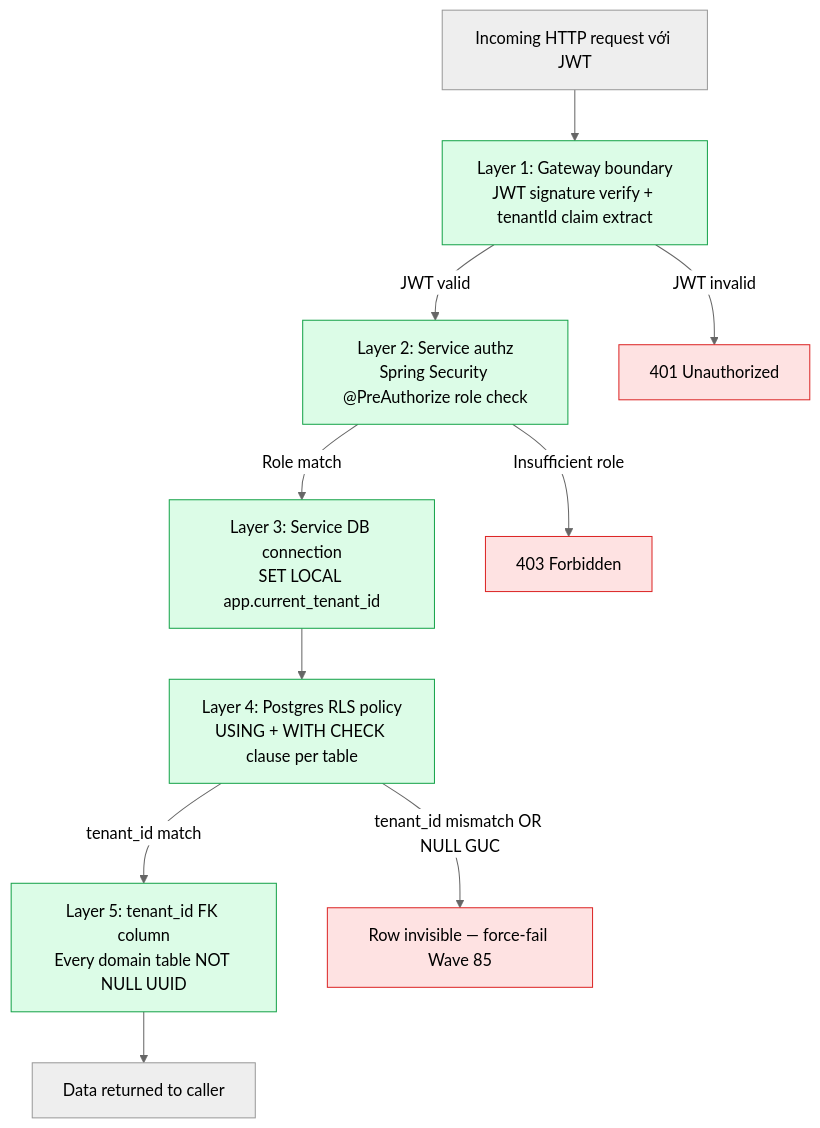
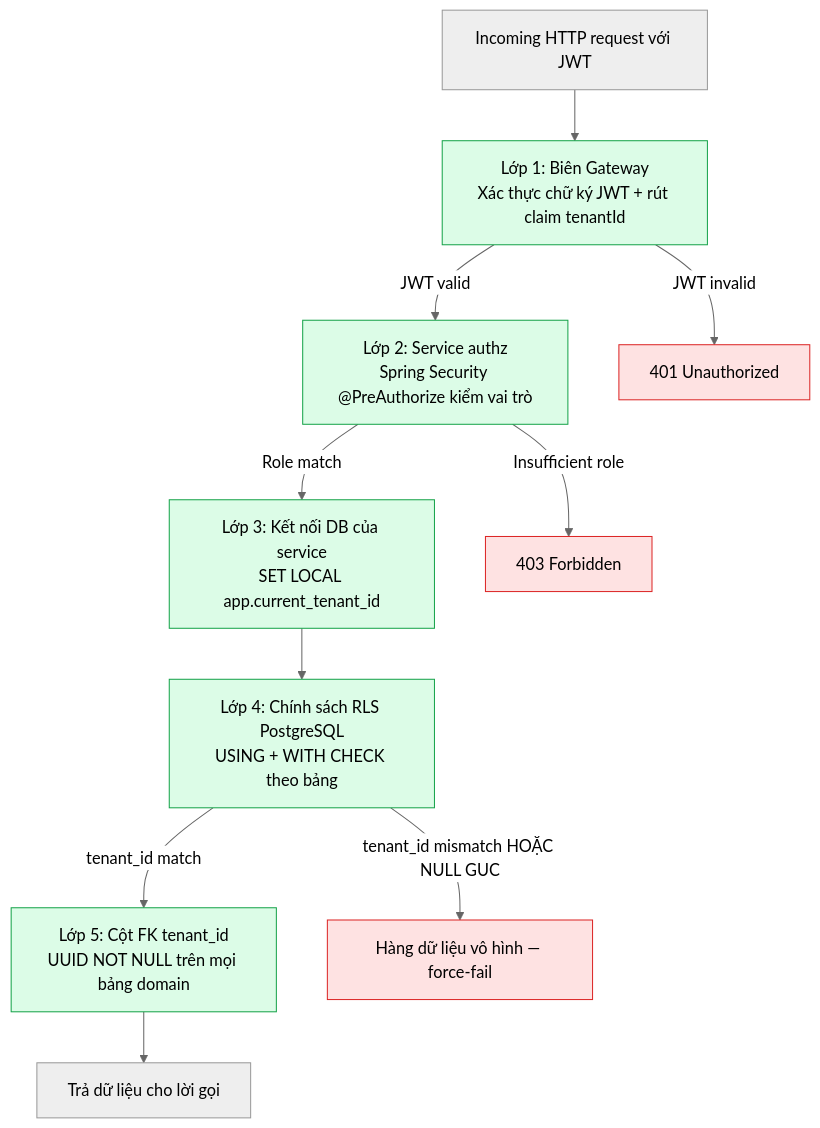
One commit to VictorAurelius/2026-Kite-Class-Platform changed the third of 5 diagrams in documents/08-thesis/chapter-2-system-architecture.md. Above: the diagram before and after it, drawn with Mermaid (neutral theme). The commit also changed other lines of this file and 13 other files, not shown here.

````diff
--- a/documents/08-thesis/chapter-2-system-architecture.md
+++ b/documents/08-thesis/chapter-2-system-architecture.md
@@ -358,24 +342,24 @@
 ```mermaid
 flowchart TD
     Request[Incoming HTTP request với JWT]
-    Layer1[Layer 1: Gateway boundary<br/>JWT signature verify + tenantId claim extract]
-    Layer2[Layer 2: Service authz<br/>Spring Security @PreAuthorize role check]
-    Layer3[Layer 3: Service DB connection<br/>SET LOCAL app.current_tenant_id]
-    Layer4[Layer 4: Postgres RLS policy<br/>USING + WITH CHECK clause per table]
-    Layer5[Layer 5: tenant_id FK column<br/>Every domain table NOT NULL UUID]
+    Layer1[Lớp 1: Biên Gateway<br/>Xác thực chữ ký JWT + rút claim tenantId]
+    Layer2[Lớp 2: Service authz<br/>Spring Security @PreAuthorize kiểm vai trò]
+    Layer3[Lớp 3: Kết nối DB của service<br/>SET LOCAL app.current_tenant_id]
+    Layer4[Lớp 4: Chính sách RLS PostgreSQL<br/>USING + WITH CHECK theo bảng]
+    Layer5[Lớp 5: Cột FK tenant_id<br/>UUID NOT NULL trên mọi bảng domain]
 
     Request --> Layer1
     Layer1 -->|JWT valid| Layer2
     Layer1 -->|JWT invalid| Reject1[401 Unauthorized]
     Layer2 -->|Role match| Layer3
     Layer2 -->|Insufficient role| Reject2[403 Forbidden]
     Layer3 --> Layer4
     Layer4 -->|tenant_id match| Layer5
-    Layer4 -->|tenant_id mismatch OR NULL GUC| RejectAll[Row invisible — force-fail Wave 85]
-    Layer5 --> Allowed[Data returned to caller]
+    Layer4 -->|tenant_id mismatch HOẶC NULL GUC| RejectAll[Hàng dữ liệu vô hình — force-fail]
+    Layer5 --> Allowed[Trả dữ liệu cho lời gọi]
 
     classDef ok fill:#dcfce7,stroke:#16a34a
     classDef reject fill:#fee2e2,stroke:#dc2626
     class Layer1,Layer2,Layer3,Layer4,Layer5 ok
     class Reject1,Reject2,RejectAll reject
 ```
````
